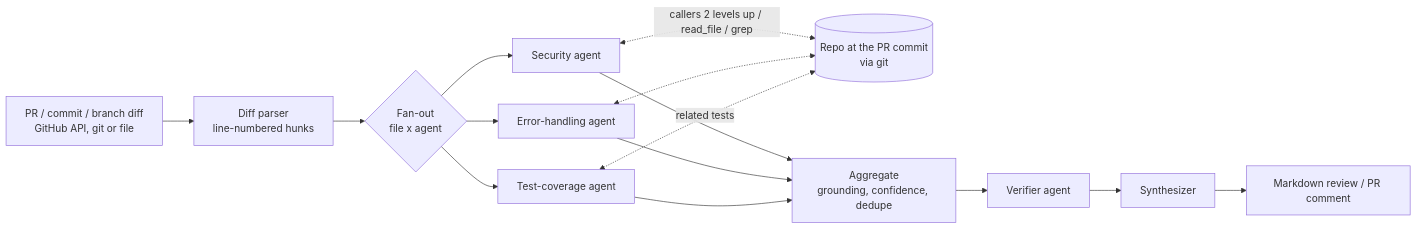
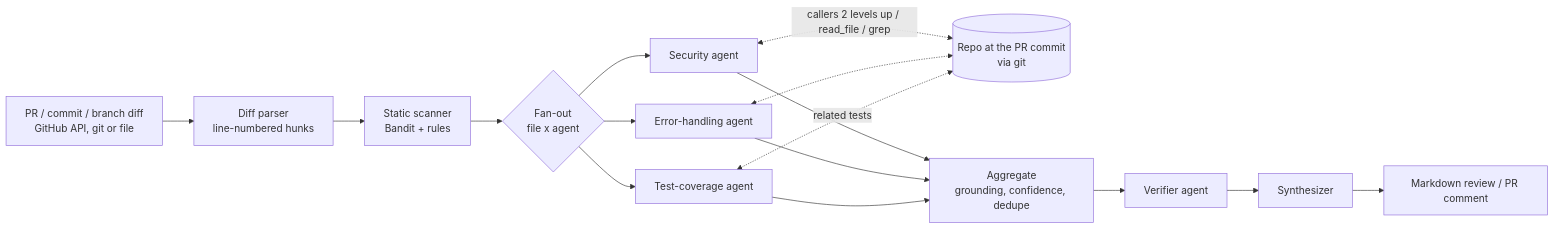
The diagram in README.md (AbdulMuhaiminKhan/Agentic-Code-Reviewer), drawn with Mermaid before and after one commit. The commit also changed other lines of this file and 21 other files, not shown here.

First line of the commit message:
Hybrid static scanner + AI, staged reviews and a pre-commit hook

````diff
--- a/README.md
+++ b/README.md
@@ -13,17 +13,18 @@
 ```mermaid
 flowchart LR
     A[PR / commit / branch diff<br/>GitHub API, git or file] --> B[Diff parser<br/>line-numbered hunks]
-    B --> C{Fan-out<br/>file x agent}
+    B --> SC[Static scanner<br/>Bandit + rules]
+    SC --> C{Fan-out<br/>file x agent}
     C --> S[Security agent]
     C --> E[Error-handling agent]
     C --> T[Test-coverage agent]
     S <-.callers 2 levels up / read_file / grep.-> R[(Repo at the PR commit<br/>via git)]
     E <-.-> R
     T <-.related tests.-> R
     S --> G[Aggregate<br/>grounding, confidence, dedupe]
     E --> G
     T --> G
     G --> V[Verifier agent]
     V --> Y[Synthesizer]
     Y --> M[Markdown review / PR comment]
 ```
````
